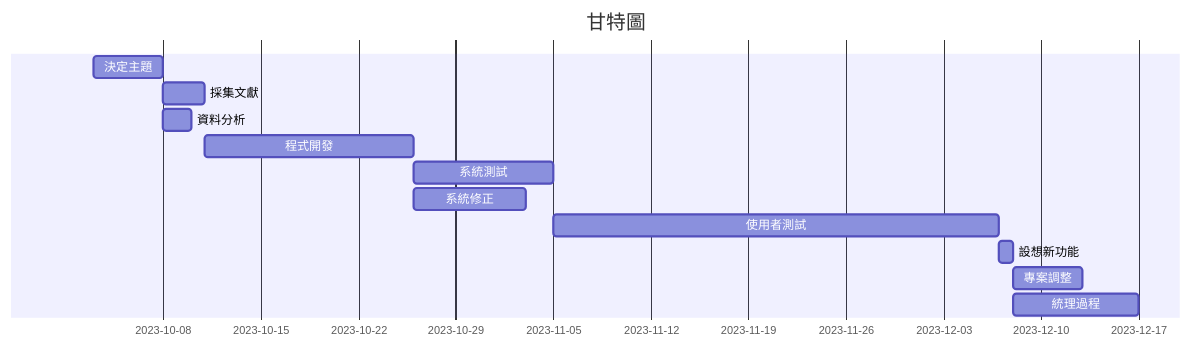
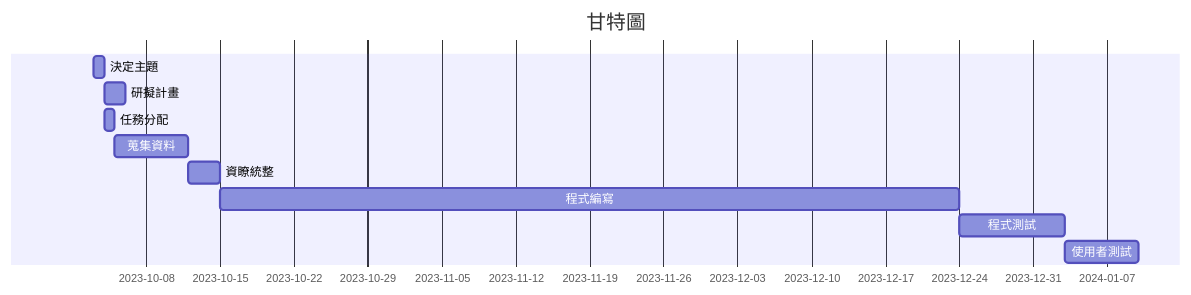
One commit to shiang229/Team13 changed the diagram in README.md. Above: the diagram before and after it, drawn with Mermaid.

````diff
--- a/README.md
+++ b/README.md
@@ -19,14 +20,12 @@
 ```mermaid
 gantt
     title 甘特圖
-　　決定主題     : a1 , 2023-10-03 , 5d
-    採集文獻     : a2 , after a1 , 3d
-    資料分析    : a3 , after a1 , 2d
-    程式開發     : a4 , after a2 , 15d
-    系統測試     : a5 , after a4 , 10d
-    系統修正     : b1 , after a4 , 8d
-    使用者測試     : a6 , after a4 a5 , 32d
-    設想新功能     : a7 , after a6 , 1d
-    專案調整   : a8 , after a7 ,5d
-    統理過程   : a9 , after a7 ,9d
+　　決定主題     : a1 , 2023-10-03 , 1d
+    研擬計畫     : a2 , after a1 , 2d
+    任務分配     : a3 , after a1 , 1d
+    蒐集資料     : a4 , after a3 , 7d
+    資瞭統整     : a5 , after a4 , 3d
+    程式編寫     : a6 , after a5 , 70d
+    程式測試     : a7 , after a6 , 10d
+    使用者測試   : a8 , after a7 ,7d
 ```
````
